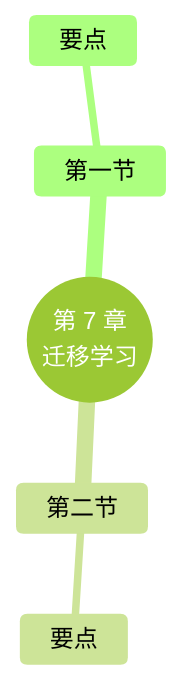
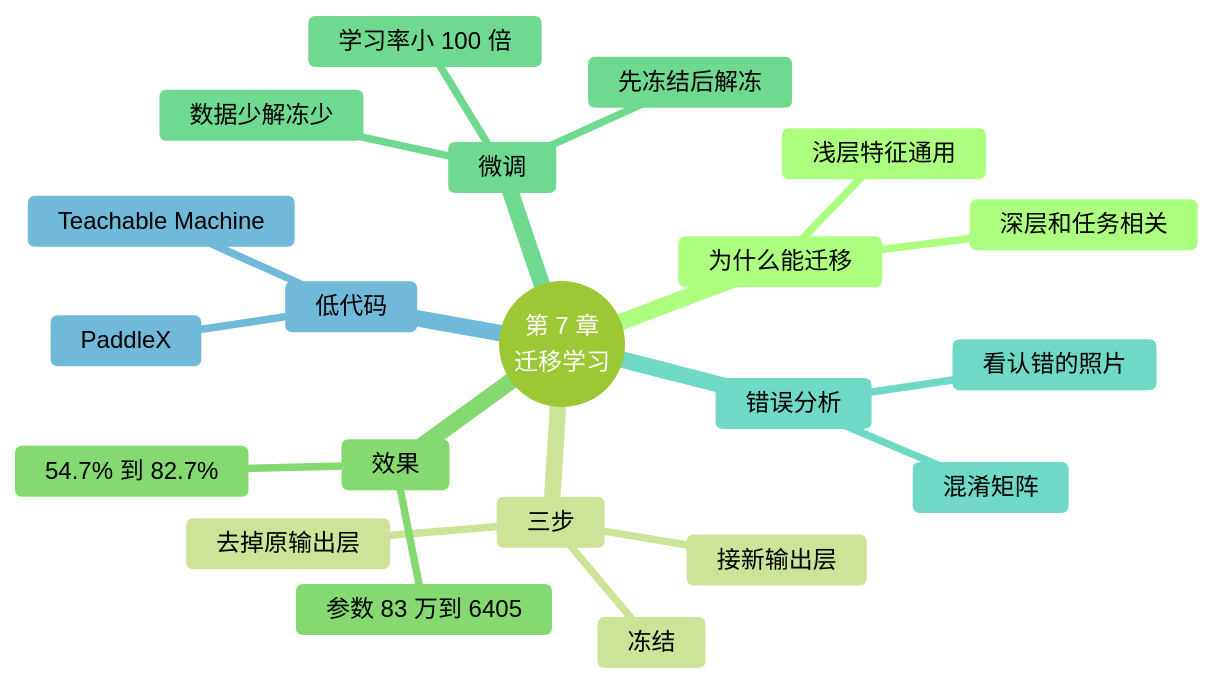
One commit to MingziFu9/ai-frameworks changed the diagram in docs/chapters/07-transfer/index.md. Above: the diagram before and after it, drawn with Mermaid (forest theme). The commit also changed other lines of this file and 70 other files, not shown here.

````diff
--- a/docs/chapters/07-transfer/index.md
+++ b/docs/chapters/07-transfer/index.md
@@ -185,8 +569,24 @@
 ```mermaid
 mindmap
   root((第 7 章<br/>迁移学习))
-    第一节
-      要点
-    第二节
-      要点
+    为什么能迁移
+      浅层特征通用
+      深层和任务相关
+    三步
+      去掉原输出层
+      冻结
+      接新输出层
+    效果
+      54.7% 到 82.7%
+      参数 83 万到 6405
+    微调
+      先冻结后解冻
+      学习率小 100 倍
+      数据少解冻少
+    错误分析
+      混淆矩阵
+      看认错的照片
+    低代码
+      Teachable Machine
+      PaddleX
 ```
````
